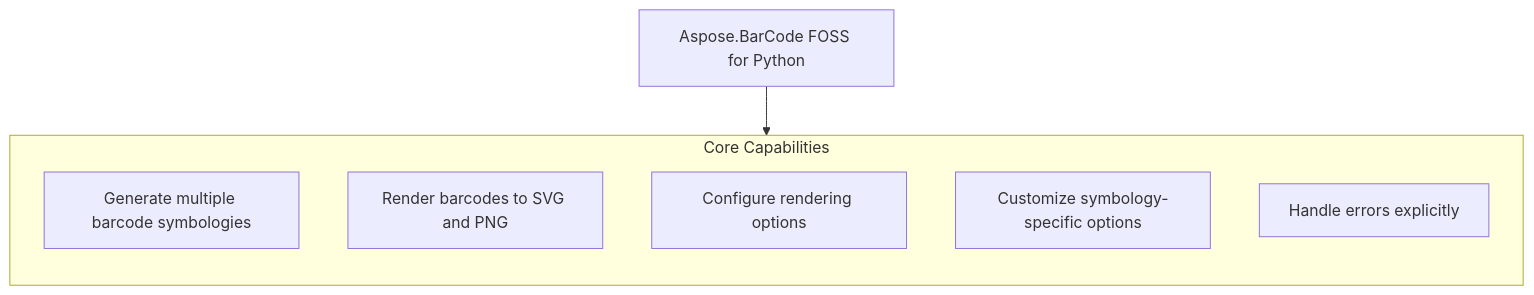
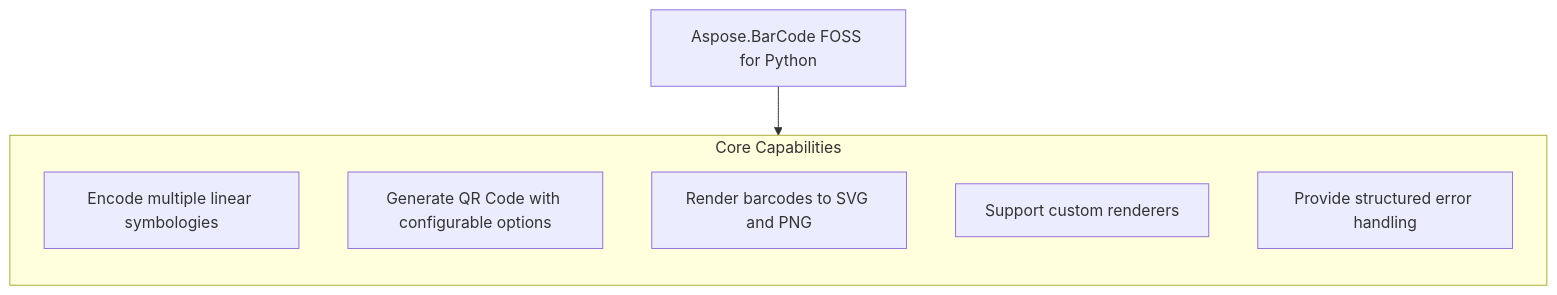
The diagram in candidates/aspose-barcode-foss__Aspose.BarCode-FOSS-for-Python/06eca5c01e13ed6d59a640f1cf330c1c5a57d151/README.md (babar-raza/repository-presenter), drawn with Mermaid before and after one commit. The commit also changed other lines of this file and 25 other files, not shown here.

````diff
--- a/candidates/aspose-barcode-foss__Aspose.BarCode-FOSS-for-Python/06eca5c01e13ed6d59a640f1cf330c1c5a57d151/README.md
+++ b/candidates/aspose-barcode-foss__Aspose.BarCode-FOSS-for-Python/06eca5c01e13ed6d59a640f1cf330c1c5a57d151/README.md
@@ -25,13 +25,13 @@
 ```mermaid
 flowchart TD
   PRODUCT["Aspose.BarCode FOSS for Python"]
   subgraph Capabilities["Core Capabilities"]
     direction TB
-    c1["Generate multiple barcode symbologies"]
-    c2["Render barcodes to SVG and PNG"]
-    c3["Configure rendering options"]
-    c4["Customize symbology-specific options"]
-    c5["Handle errors explicitly"]
+    c1["Encode multiple linear symbologies"]
+    c2["Generate QR Code with configurable options"]
+    c3["Render barcodes to SVG and PNG"]
+    c4["Support custom renderers"]
+    c5["Provide structured error handling"]
   end
   PRODUCT --> Capabilities
 ```
````
